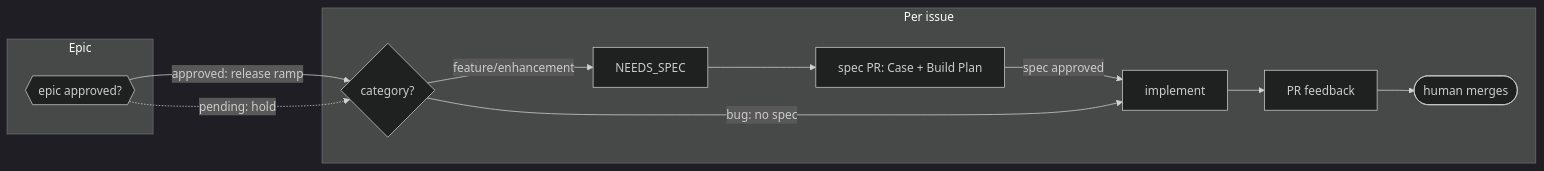
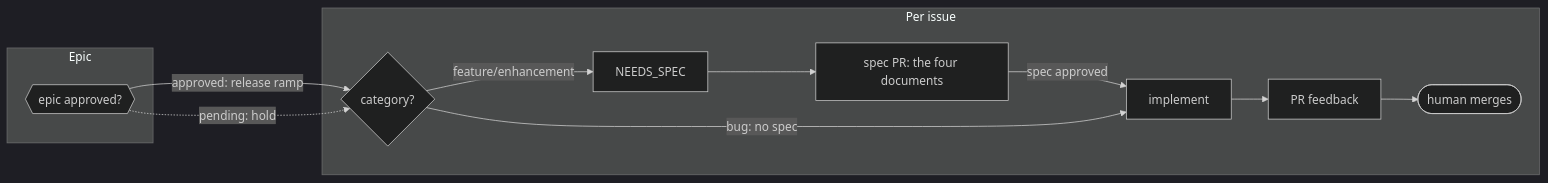
Before and after one commit to fixpoint-labs/flow-state-dev: the second of 5 diagrams in docs/contributing/orchestration.md, drawn with Mermaid (dark theme). The commit also changed other lines of this file and 35 other files, not shown here.

````diff
--- a/docs/contributing/orchestration.md
+++ b/docs/contributing/orchestration.md
@@ -435,15 +443,15 @@
 ```mermaid
 flowchart LR
   subgraph Epic[Epic]
     EO{{epic approved?}}
   end
   subgraph Issue[Per issue]
     RT{category?}
-    RT -->|feature/enhancement| NS[NEEDS_SPEC] --> SPEC[spec PR: Case + Build Plan]
+    RT -->|feature/enhancement| NS[NEEDS_SPEC] --> SPEC["spec PR: the four documents"]
     SPEC -->|spec approved| IMPL[implement]
     RT -->|bug: no spec| IMPL
     IMPL --> FB[PR feedback] --> MERGE([human merges])
   end
   EO -->|approved: release ramp| RT
   EO -.->|pending: hold| RT
 ```
````
